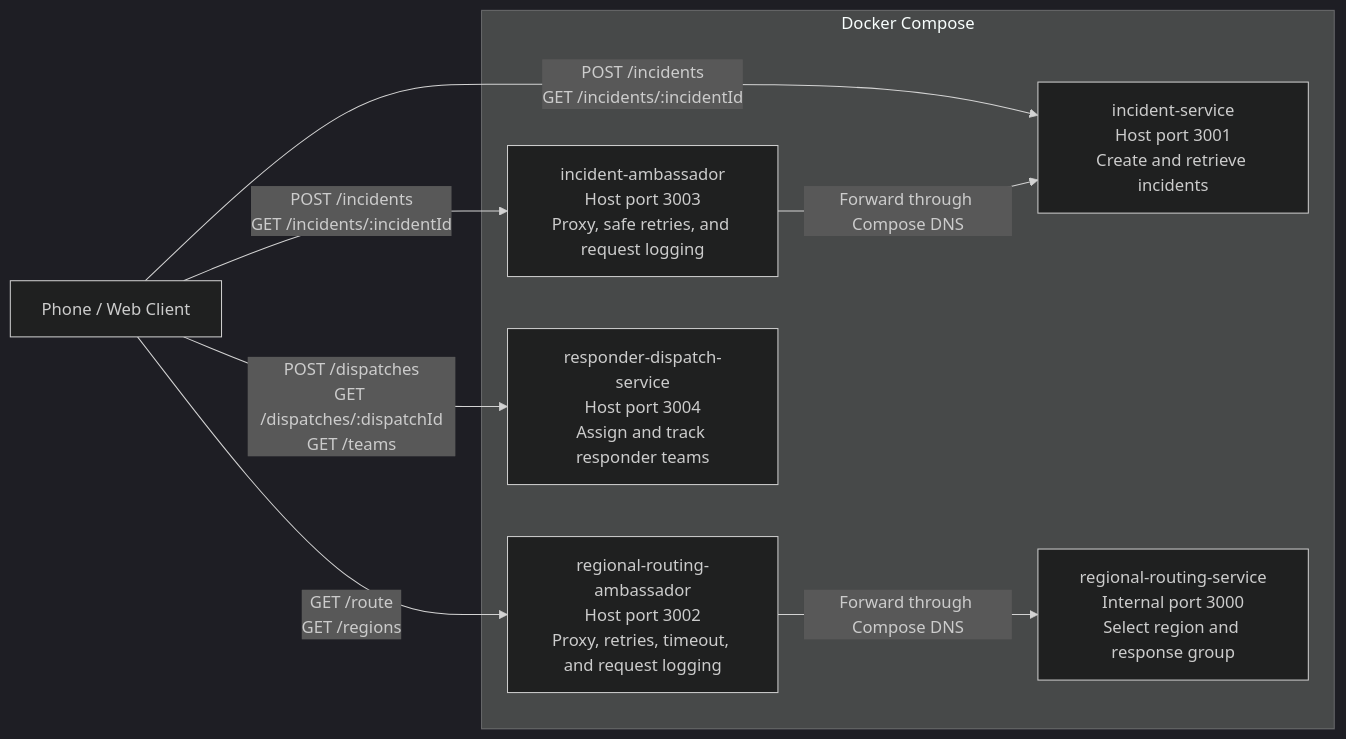
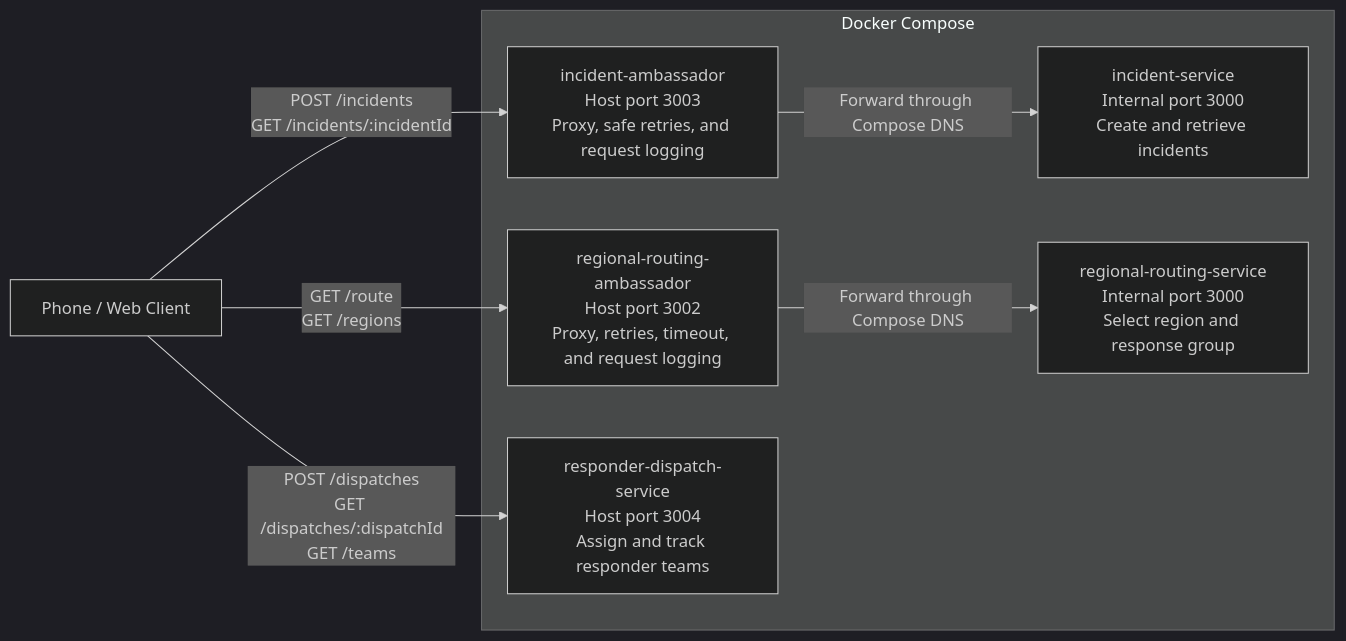
Before and after one commit to Dos0n/426-project-bay-blues: the diagram in docs/SERVICES.md, drawn with Mermaid (dark theme). The commit also changed other lines of this file and 4 other files, not shown here.

````diff
--- a/docs/SERVICES.md
+++ b/docs/SERVICES.md
@@ -12,19 +12,18 @@
 ```mermaid
 flowchart LR
     client[Phone / Web Client]
 
     subgraph compose[Docker Compose]
-        incident[incident-service<br/>Host port 3001<br/>Create and retrieve incidents]
+        incident[incident-service<br/>Internal port 3000<br/>Create and retrieve incidents]
         incidentAmbassador[incident-ambassador<br/>Host port 3003<br/>Proxy, safe retries, and request logging]
         ambassador[regional-routing-ambassador<br/>Host port 3002<br/>Proxy, retries, timeout, and request logging]
         routing[regional-routing-service<br/>Internal port 3000<br/>Select region and response group]
         dispatch[responder-dispatch-service<br/>Host port 3004<br/>Assign and track responder teams]
     end
 
-    client -->|POST /incidents<br/>GET /incidents/:incidentId| incident
     client -->|POST /incidents<br/>GET /incidents/:incidentId| incidentAmbassador
     incidentAmbassador -->|Forward through Compose DNS| incident
     client -->|GET /route<br/>GET /regions| ambassador
     ambassador -->|Forward through Compose DNS| routing
     client -->|POST /dispatches<br/>GET /dispatches/:dispatchId<br/>GET /teams| dispatch
 ```
````
